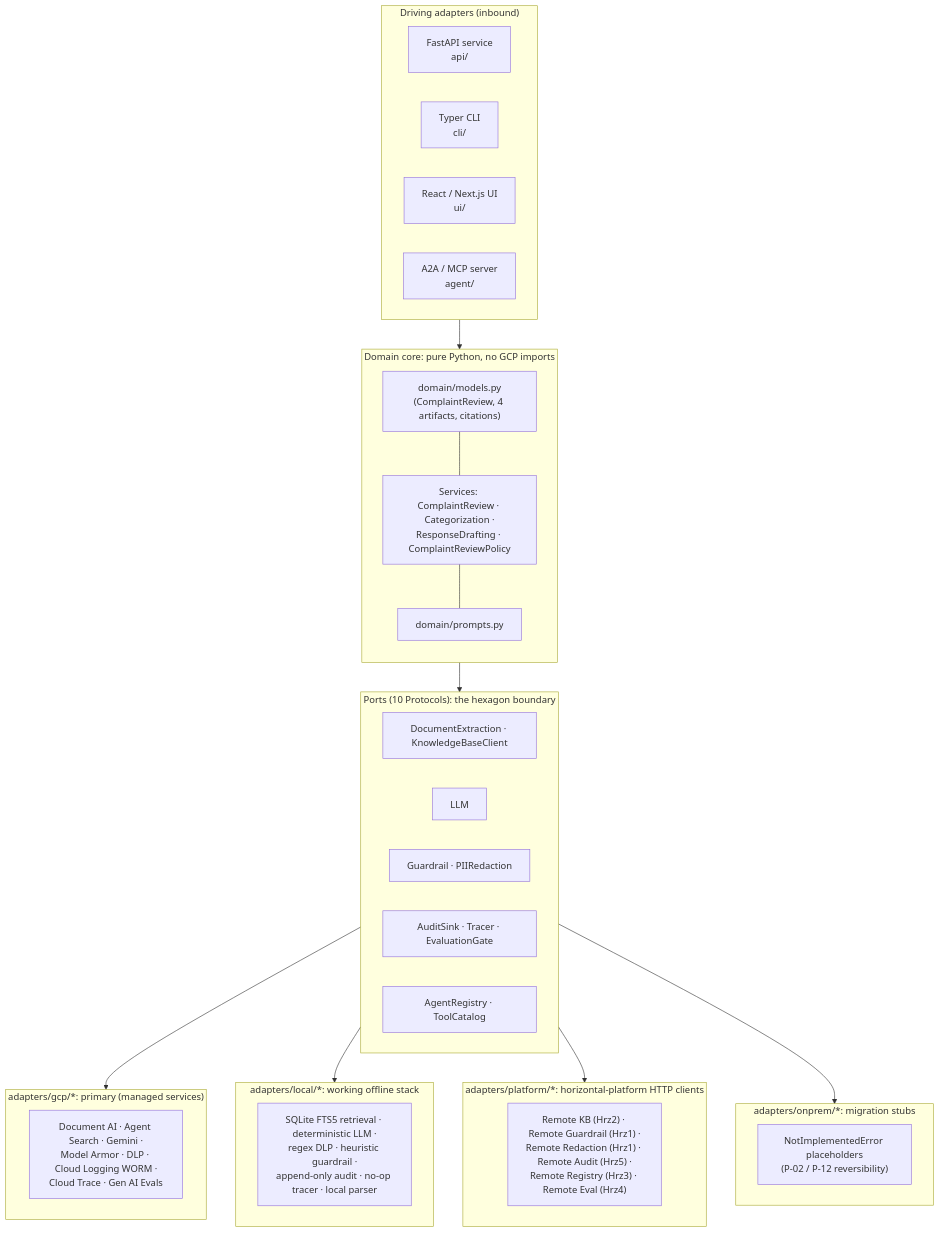
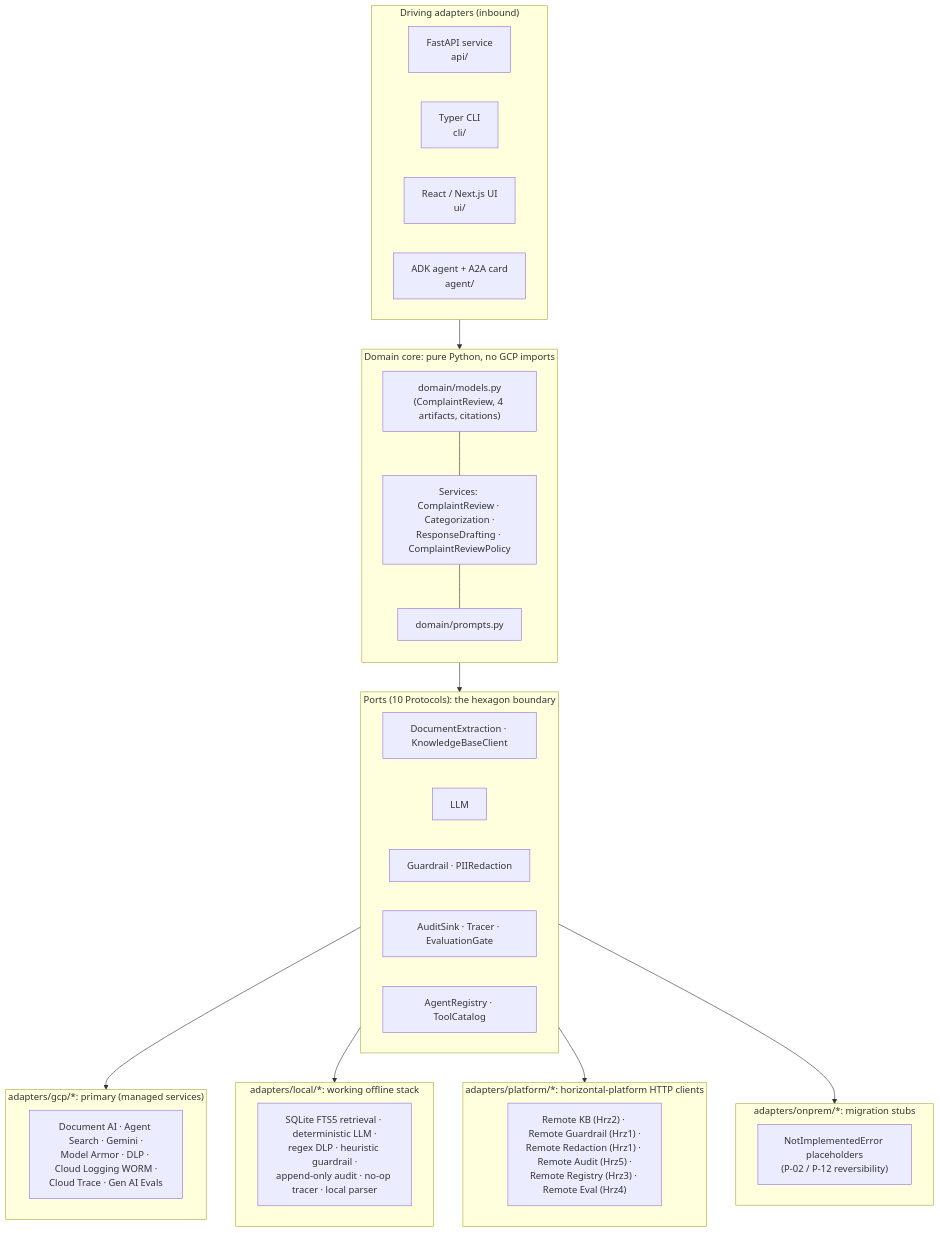
Before and after one commit to portable-genai/complaints-review: the first of 2 diagrams in README.md, drawn with Mermaid. The commit also changed 1 other file, not shown here.

Commit message:
Stop claiming an MCP server this repo does not have, and say why it does not
README and ARCHITECTURE both drew agent/ as the "A2A / MCP server". There is no
MCP server in agent/ or anywhere else in this tree, and there deliberately must
not be one: the guard added alongside this refuses an mcp/ package appearing
here. So two diagrams advertised a component whose absence is a decision, which
is the documentation half of the defect the guard exists for.

Both now say what agent/ actually holds, and ARCHITECTURE carries the reason
rather than leaving the reader to find it in a test file. Every tool in this
catalog takes a file_id; resolving one means reading a complaint the caller
named, and complaint_scope decides that server-side from the verified principal.
MCP stdio verifies no end user. The trees that DO serve rely on entitlement
filtering, which degrades safely to public-only; this tree's authorization is an
object-level gate that raises, so the same empty principal is refused every
complaint. Serving it would bind cleanly and refuse every call, and supplying a
principal nobody verified would forge the entitlement the gate exists to check.

make check: exit 0.

````diff
--- a/README.md
+++ b/README.md
@@ -30,45 +30,45 @@
 ```mermaid
 flowchart TB
     subgraph edges["Driving adapters (inbound)"]
         API["FastAPI service<br/>api/"]
         CLI["Typer CLI<br/>cli/"]
         UI["React / Next.js UI<br/>ui/"]
-        A2A["A2A / MCP server<br/>agent/"]
+        A2A["ADK agent + A2A card<br/>agent/"]
     end
 
     subgraph core["Domain core: pure Python, no GCP imports"]
         direction TB
         MODELS["domain/models.py<br/>(ComplaintReview, 4 artifacts, citations)"]
         SVCS["Services: ComplaintReview · Categorization ·<br/>ResponseDrafting · ComplaintReviewPolicy"]
         PROMPTS["domain/prompts.py"]
         MODELS --- SVCS --- PROMPTS
     end
 
     subgraph ports["Ports (10 Protocols): the hexagon boundary"]
         P1["DocumentExtraction · KnowledgeBaseClient"]
         P2["LLM"]
         P3["Guardrail · PIIRedaction"]
         P4["AuditSink · Tracer · EvaluationGate"]
         P5["AgentRegistry · ToolCatalog"]
     end
 
     subgraph gcp["adapters/gcp/*: primary (managed services)"]
         G["Document AI · Agent Search · Gemini ·<br/>Model Armor · DLP · Cloud Logging WORM ·<br/>Cloud Trace · Gen AI Evals"]
     end
     subgraph loc["adapters/local/*: working offline stack"]
         LO["SQLite FTS5 retrieval · deterministic LLM ·<br/>regex DLP · heuristic guardrail ·<br/>append-only audit · no-op tracer · local parser"]
     end
     subgraph plat["adapters/platform/*: horizontal-platform HTTP clients"]
         PL["Remote KB (Hrz2) · Remote Guardrail (Hrz1) ·<br/>Remote Redaction (Hrz1) · Remote Audit (Hrz5) ·<br/>Remote Registry (Hrz3) · Remote Eval (Hrz4)"]
     end
     subgraph onp["adapters/onprem/*: migration stubs"]
         ON["NotImplementedError placeholders<br/>(P-02 / P-12 reversibility)"]
     end
 
     edges --> core
     core --> ports
     ports --> gcp
     ports --> loc
     ports --> plat
     ports --> onp
 ```
````
